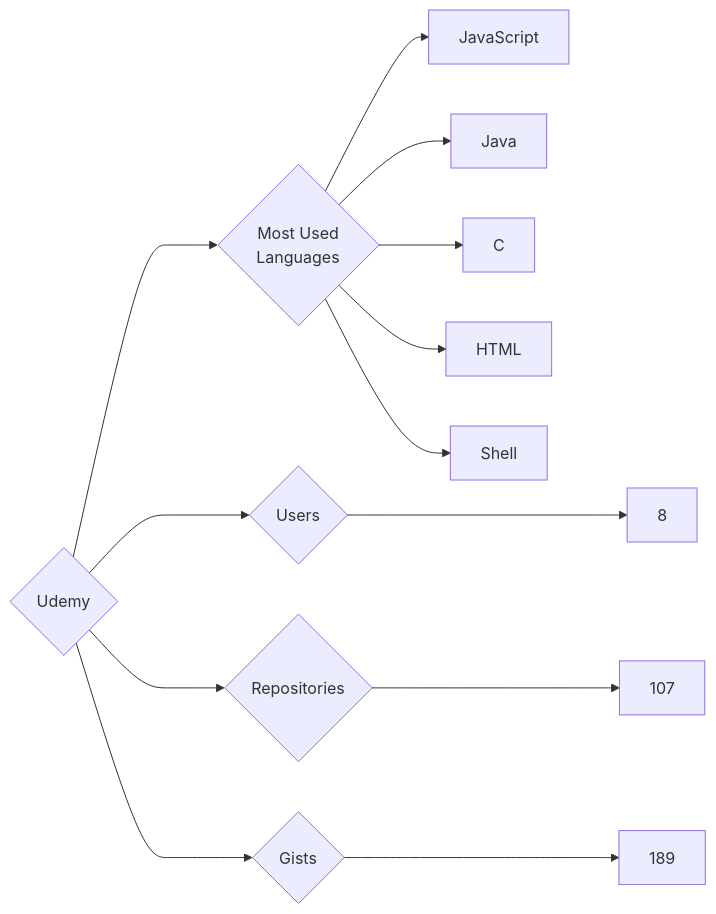
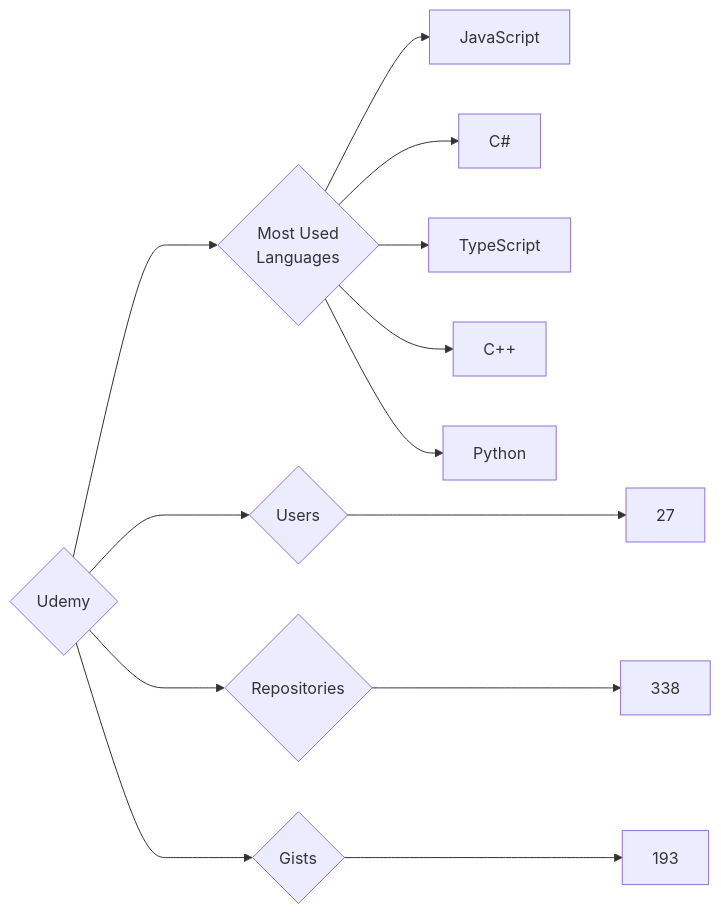
The diagram in targets/Udemy/README.md (trickest/insiders), drawn with Mermaid before and after one commit. The commit also changed 835 other files, not shown here.

````diff
--- a/targets/Udemy/README.md
+++ b/targets/Udemy/README.md
@@ -3,13 +3,13 @@
 ```mermaid
 graph LR
 COMPANY_NAME{Udemy}
-COMPANY_NAME ---> U{Users} ---> UN[8]
-COMPANY_NAME ---> R{Repositories} ---> RN[107]
-COMPANY_NAME ---> G{Gists} ---> GN[189]
+COMPANY_NAME ---> U{Users} ---> UN[27]
+COMPANY_NAME ---> R{Repositories} ---> RN[338]
+COMPANY_NAME ---> G{Gists} ---> GN[193]
 COMPANY_NAME ---> ML{Most Used<br>Languages}
 ML --> JavaScript[JavaScript]
-ML --> Java[Java]
-ML --> C[C]
-ML --> HTML[HTML]
-ML --> Shell[Shell]
+ML --> C#[C#]
+ML --> TypeScript[TypeScript]
+ML --> C++[C++]
+ML --> Python[Python]
 ```
````
